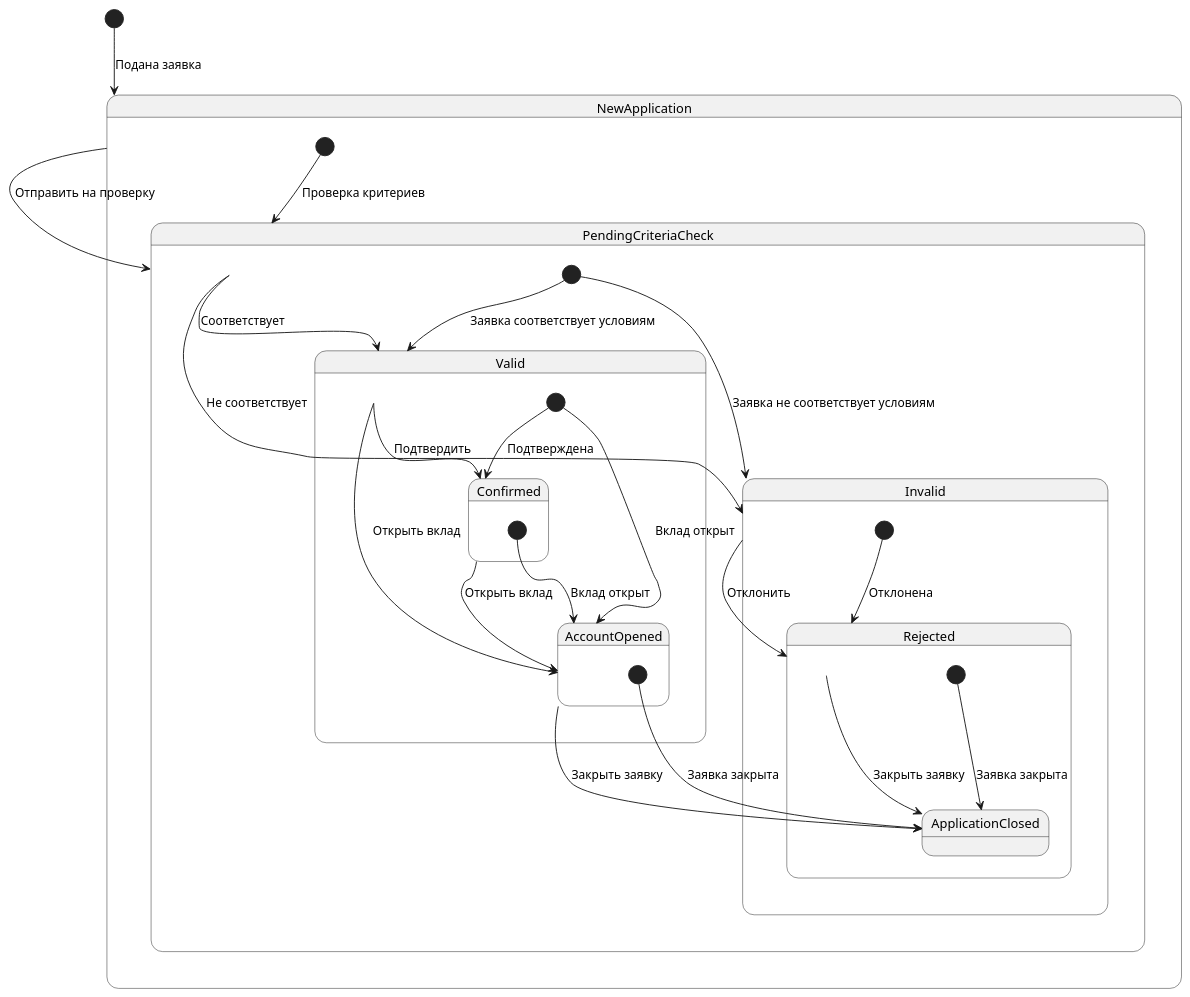
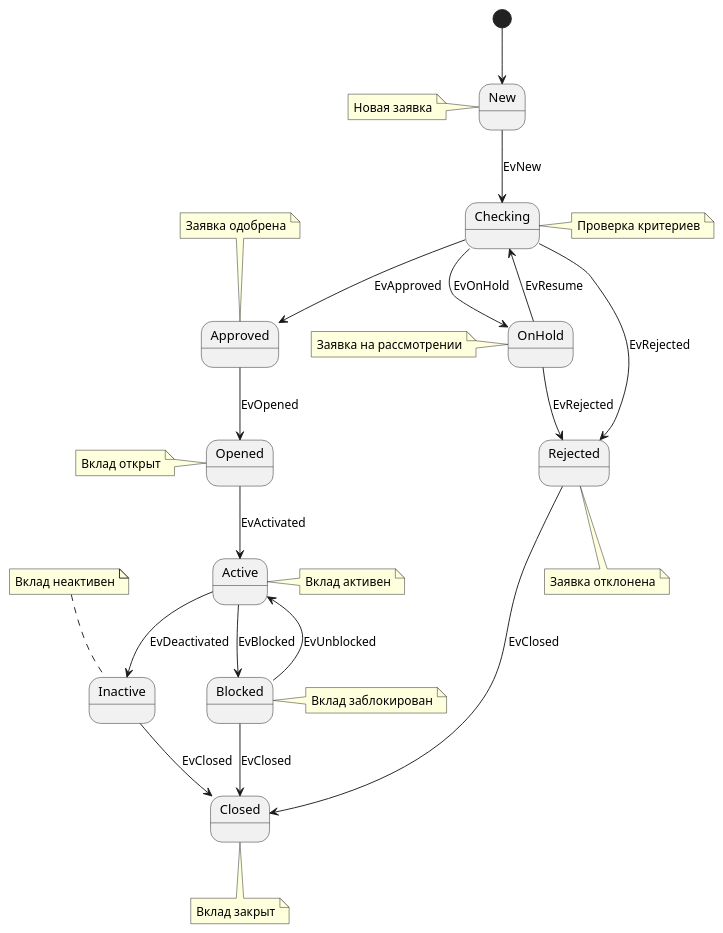
Before and after one commit to alemish04/uml_opr_bas: the diagram in 75.puml, drawn with PlantUML. The commit also changed other lines of this file and 3 other files, not shown here.

```diff
--- a/75.puml
+++ b/75.puml
@@ -72,44 +1,29 @@
-@startuml
-[*] --> NewApplication : Подана заявка
+@startuml 75
+[*] --> New
+New --> Checking : EvNew
+Checking --> Approved : EvApproved
+Checking --> Rejected : EvRejected
+Checking --> OnHold : EvOnHold
+Approved --> Opened : EvOpened
+Rejected --> Closed : EvClosed
+OnHold --> Checking : EvResume
+OnHold --> Rejected : EvRejected
+Opened --> Active : EvActivated
+Active --> Inactive : EvDeactivated
+Inactive --> Closed : EvClosed
+Active --> Blocked : EvBlocked
+Blocked --> Active : EvUnblocked
+Blocked --> Closed : EvClosed
 
-state NewApplication {
-  [*] --> PendingCriteriaCheck : Проверка критериев
-}
-
-state PendingCriteriaCheck {
-  [*] --> Valid : Заявка соответствует условиям
-  [*] --> Invalid : Заявка не соответствует условиям
-}
-
-state Valid {
-  [*] --> Confirmed : Подтверждена
-  [*] --> AccountOpened : Вклад открыт
-}
-
-state Invalid {
-  [*] --> Rejected : Отклонена
-}
-
-state Confirmed {
-  [*] --> AccountOpened : Вклад открыт
-}
-
-state Rejected {
-  [*] --> ApplicationClosed : Заявка закрыта
-}
-
-state AccountOpened {
-  [*] --> ApplicationClosed : Заявка закрыта
-}
-
-NewApplication --> PendingCriteriaCheck : Отправить на проверку
-PendingCriteriaCheck --> Valid : Соответствует
-PendingCriteriaCheck --> Invalid : Не соответствует
-Valid --> Confirmed : Подтвердить
-Valid --> AccountOpened : Открыть вклад
-Invalid --> Rejected : Отклонить
-Confirmed --> AccountOpened : Открыть вклад
-Rejected --> ApplicationClosed : Закрыть заявку
-AccountOpened --> ApplicationClosed : Закрыть заявку
+note left of New : Новая заявка
+note right of Checking : Проверка критериев
+note top of Approved : Заявка одобрена
+note bottom of Rejected : Заявка отклонена
+note left of Opened : Вклад открыт
+note right of Active : Вклад активен
+note top of Inactive : Вклад неактивен
+note bottom of Closed : Вклад закрыт
+note left of OnHold : Заявка на рассмотрении
+note right of Blocked : Вклад заблокирован
 
 @enduml
```
